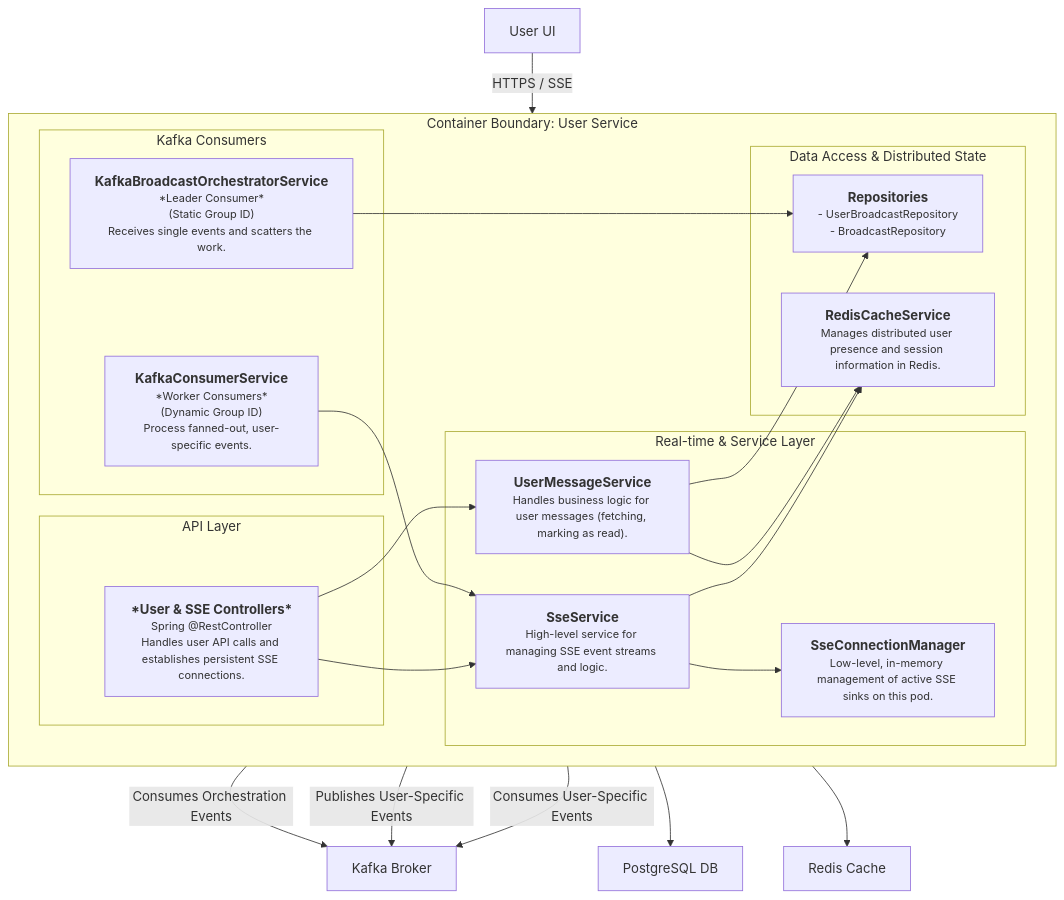
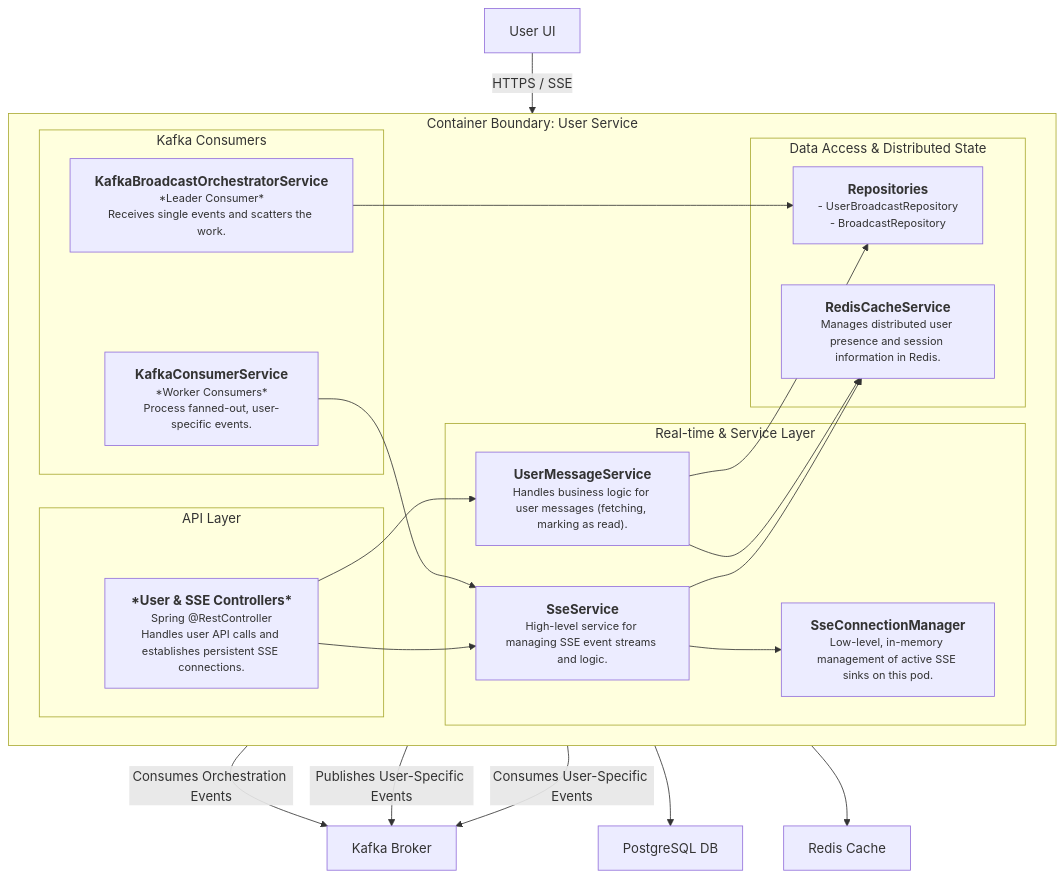
The diagram in MermaidDiagrams/c4-component-user-service.mmd (rsrini7/Notification-SSE-GLM-Flux), drawn with Mermaid before and after one commit.

Commit message:
docs(MermaidDiagrams): simplify kafka consumer descriptions in c4 diagram
Remove redundant group ID information from kafka consumer component descriptions to improve diagram clarity

```diff
--- a/MermaidDiagrams/c4-component-user-service.mmd
+++ b/MermaidDiagrams/c4-component-user-service.mmd
@@ -1,50 +1,50 @@
 graph TD
     subgraph "Container Boundary: User Service"
         direction LR
 
         subgraph "API Layer"
             UserControllers["<div style='font-weight:bold'>*User & SSE Controllers*</div><div style='font-size: smaller;'>Spring @RestController</div><div style='font-size: smaller;'>Handles user API calls and establishes persistent SSE connections.</div>"]
         end
 
         subgraph "Real-time & Service Layer"
             SseService["<div style='font-weight:bold'>SseService</div><div style='font-size: smaller;'>High-level service for managing SSE event streams and logic.</div>"]
             SseManager["<div style='font-weight:bold'>SseConnectionManager</div><div style='font-size: smaller;'>Low-level, in-memory management of active SSE sinks on this pod.</div>"]
             UserMessageService["<div style='font-weight:bold'>UserMessageService</div><div style='font-size: smaller;'>Handles business logic for user messages (fetching, marking as read).</div>"]
         end
         
         subgraph "Kafka Consumers"
-            Orchestrator["<div style='font-weight:bold'>KafkaBroadcastOrchestratorService</div><div style='font-size: smaller;'>*Leader Consumer*<br/>(Static Group ID)<br/>Receives single events and scatters the work.</div>"]
-            WorkerConsumer["<div style='font-weight:bold'>KafkaConsumerService</div><div style='font-size: smaller;'>*Worker Consumers*<br/>(Dynamic Group ID)<br/>Process fanned-out, user-specific events.</div>"]
+            Orchestrator["<div style='font-weight:bold'>KafkaBroadcastOrchestratorService</div><div style='font-size: smaller;'>*Leader Consumer*<br/>Receives single events and scatters the work.</div>"]
+            WorkerConsumer["<div style='font-weight:bold'>KafkaConsumerService</div><div style='font-size: smaller;'>*Worker Consumers*<br/>Process fanned-out, user-specific events.</div>"]
         end
 
         subgraph "Data Access & Distributed State"
             Repositories["<div style='font-weight:bold'>Repositories</div><div style='font-size: smaller;'>- UserBroadcastRepository<br/>- BroadcastRepository</div>"]
             RedisManager["<div style='font-weight:bold'>RedisCacheService</div><div style='font-size: smaller;'>Manages distributed user presence and session information in Redis.</div>"]
         end
     end
 
     %% External Systems
     UserUI[User UI]
     Kafka[Kafka Broker]
     Postgres[PostgreSQL DB]
     Redis[Redis Cache]
     
     %% Relationships
     UserUI -- "HTTPS / SSE" --> UserControllers
     UserControllers --> SseService
     UserControllers --> UserMessageService
     
     SseService --> SseManager
     SseService --> RedisManager
     UserMessageService --> Repositories
     UserMessageService --> RedisManager
 
     Orchestrator -- "Consumes Orchestration Events" --> Kafka
     Orchestrator -- "Publishes User-Specific Events" --> Kafka
     Orchestrator --> Repositories
     
     WorkerConsumer -- "Consumes User-Specific Events" --> Kafka
     WorkerConsumer --> SseService
     
     Repositories --> Postgres
     RedisManager --> Redis
```
